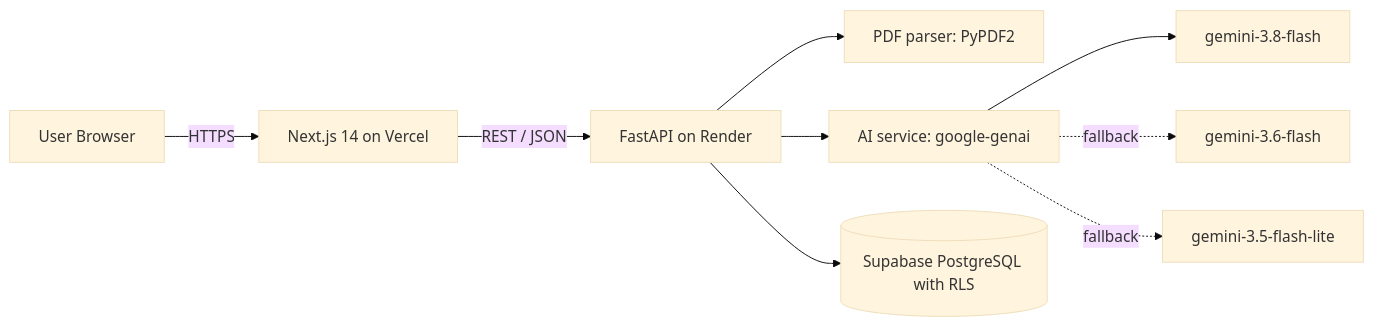
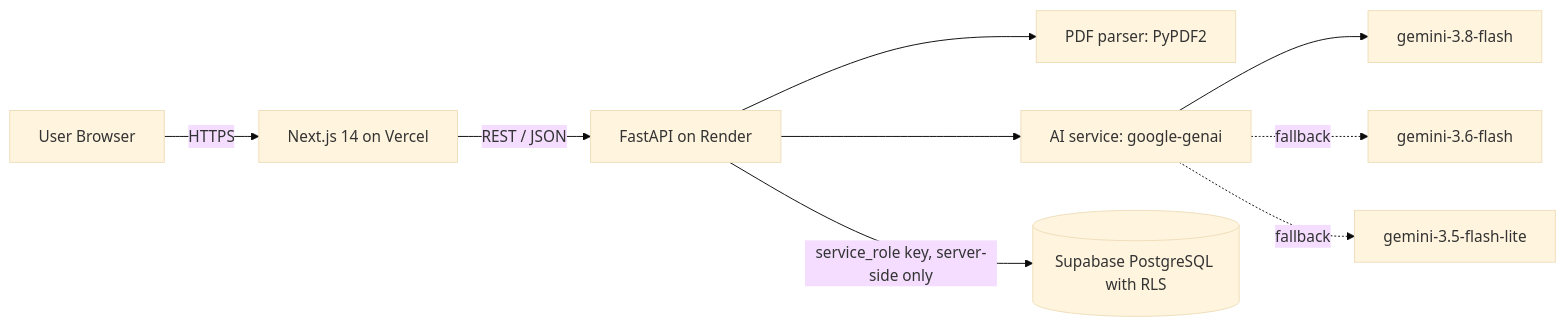
One commit to mdshafathossain-tech/resumatch-ai changed the diagram in README.md. Above: the diagram before and after it, drawn with Mermaid (base theme). The commit also changed other lines of this file, not shown here.

````diff
--- a/README.md
+++ b/README.md
@@ -57,11 +72,11 @@
 ```mermaid
 flowchart LR
   U[User Browser] -->|HTTPS| FE[Next.js 14 on Vercel]
   FE -->|REST / JSON| API[FastAPI on Render]
   API --> PDF[PDF parser: PyPDF2]
   API --> AI[AI service: google-genai]
   AI --> M1[gemini-3.8-flash]
   AI -. fallback .-> M2[gemini-3.6-flash]
   AI -. fallback .-> M3[gemini-3.5-flash-lite]
-  API --> DB[("Supabase PostgreSQL with RLS")]
+  API -->|service_role key, server-side only| DB[("Supabase PostgreSQL with RLS")]
 ```
````
